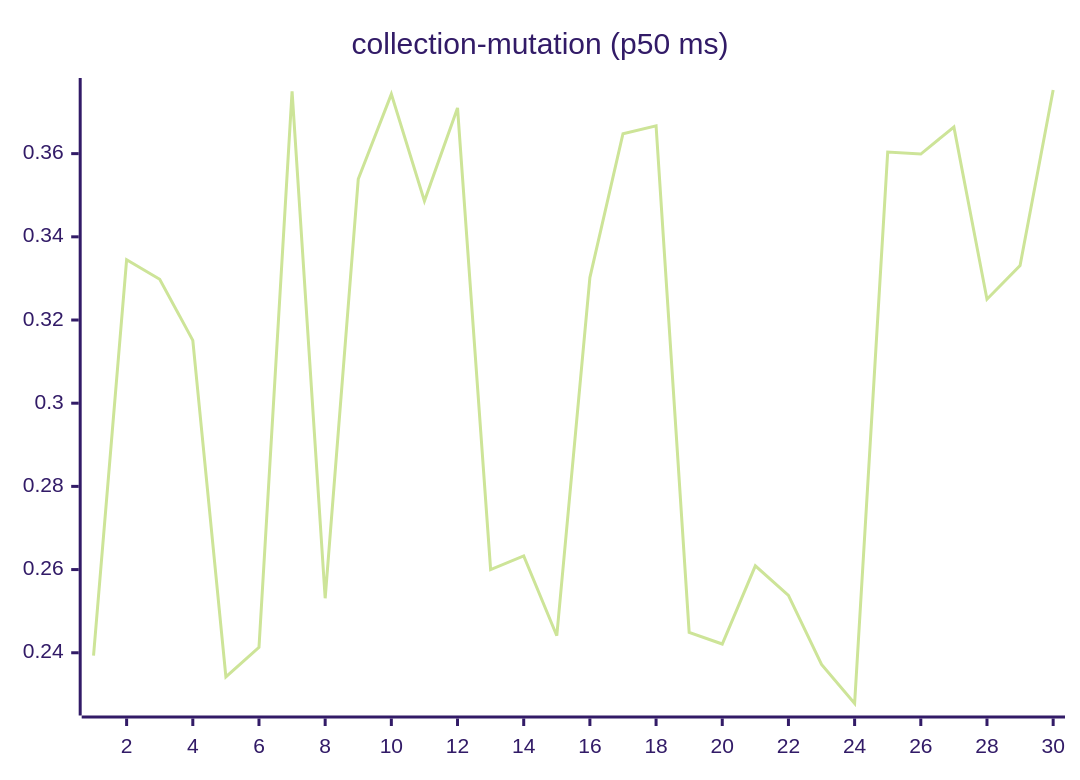
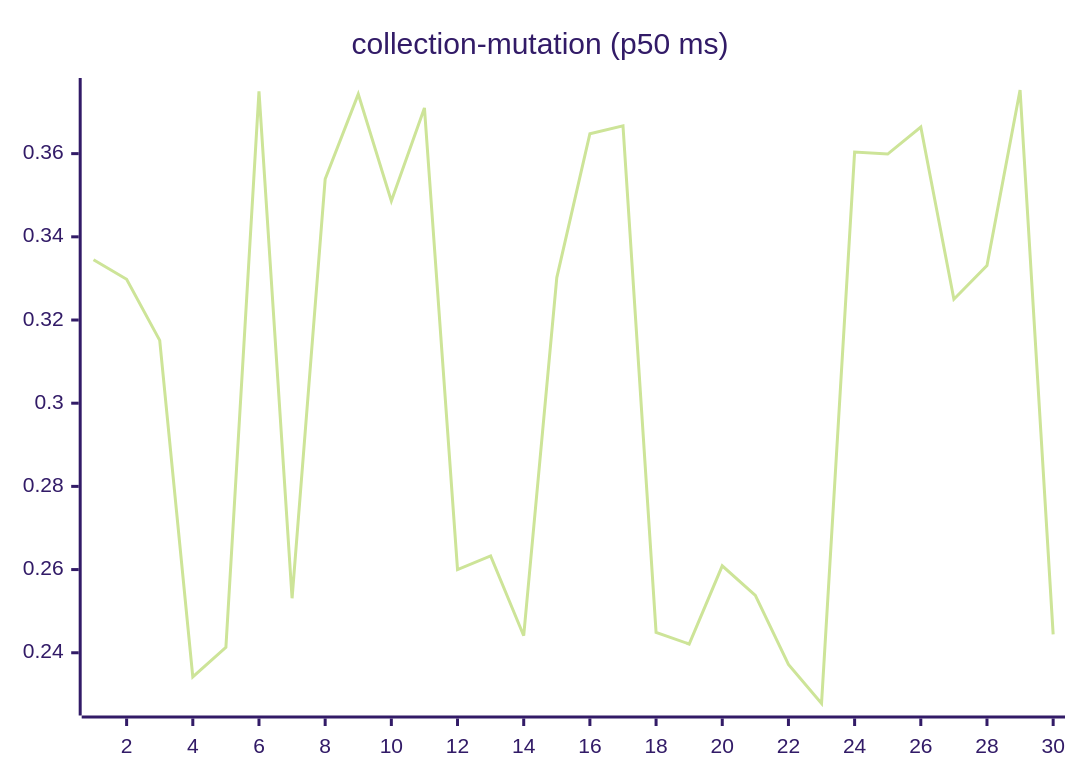
The sixth of 27 diagrams in README.md (josha/Facet), drawn with Mermaid (forest theme) before and after one commit. The commit also changed other lines of this file and 2 other files, not shown here.

````diff
--- a/README.md
+++ b/README.md
@@ -98,6 +98,6 @@
 ```mermaid
 xychart-beta
     title "collection-mutation (p50 ms)"
     x-axis 1 --> 30
-    line [0.2393, 0.3345, 0.3298, 0.3151, 0.2342, 0.2413, 0.3750, 0.2531, 0.3539, 0.3743, 0.3486, 0.3710, 0.2600, 0.2633, 0.2441, 0.3302, 0.3648, 0.3667, 0.2449, 0.2421, 0.2609, 0.2538, 0.2372, 0.2278, 0.3604, 0.3599, 0.3664, 0.3250, 0.3331, 0.3753]
+    line [0.3345, 0.3298, 0.3151, 0.2342, 0.2413, 0.3750, 0.2531, 0.3539, 0.3743, 0.3486, 0.3710, 0.2600, 0.2633, 0.2441, 0.3302, 0.3648, 0.3667, 0.2449, 0.2421, 0.2609, 0.2538, 0.2372, 0.2278, 0.3604, 0.3599, 0.3664, 0.3250, 0.3331, 0.3753, 0.2444]
 ```
````
